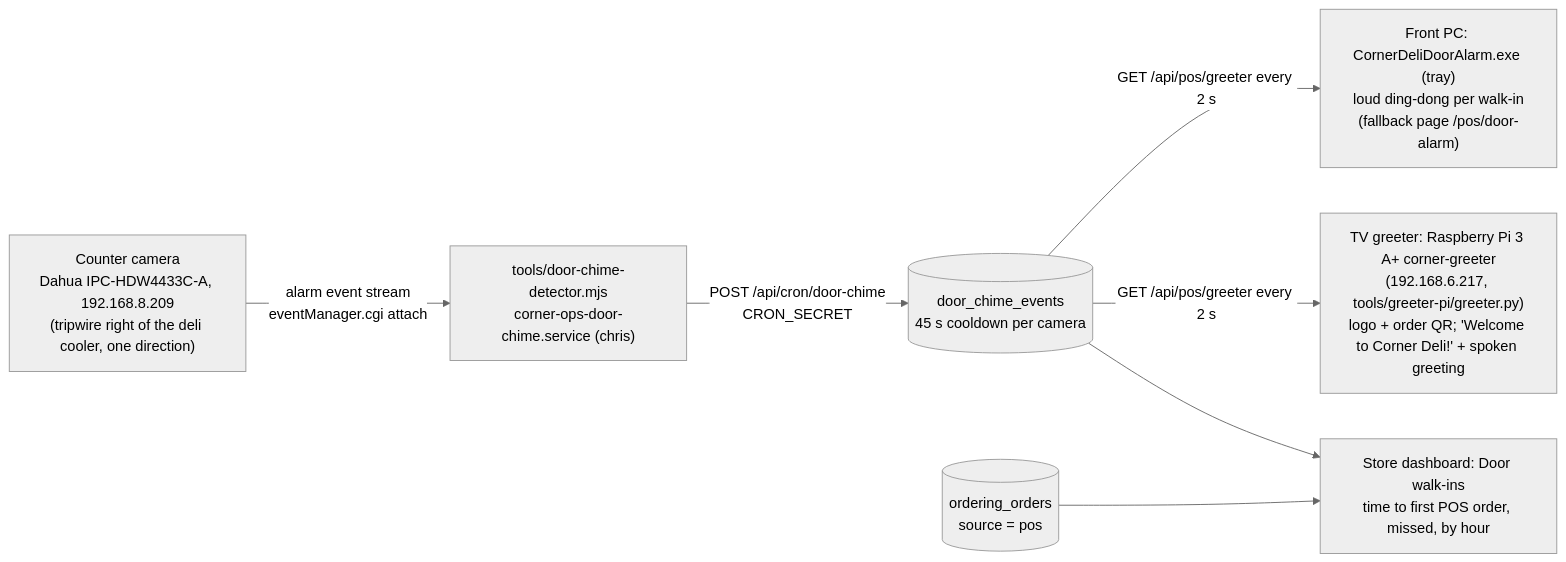
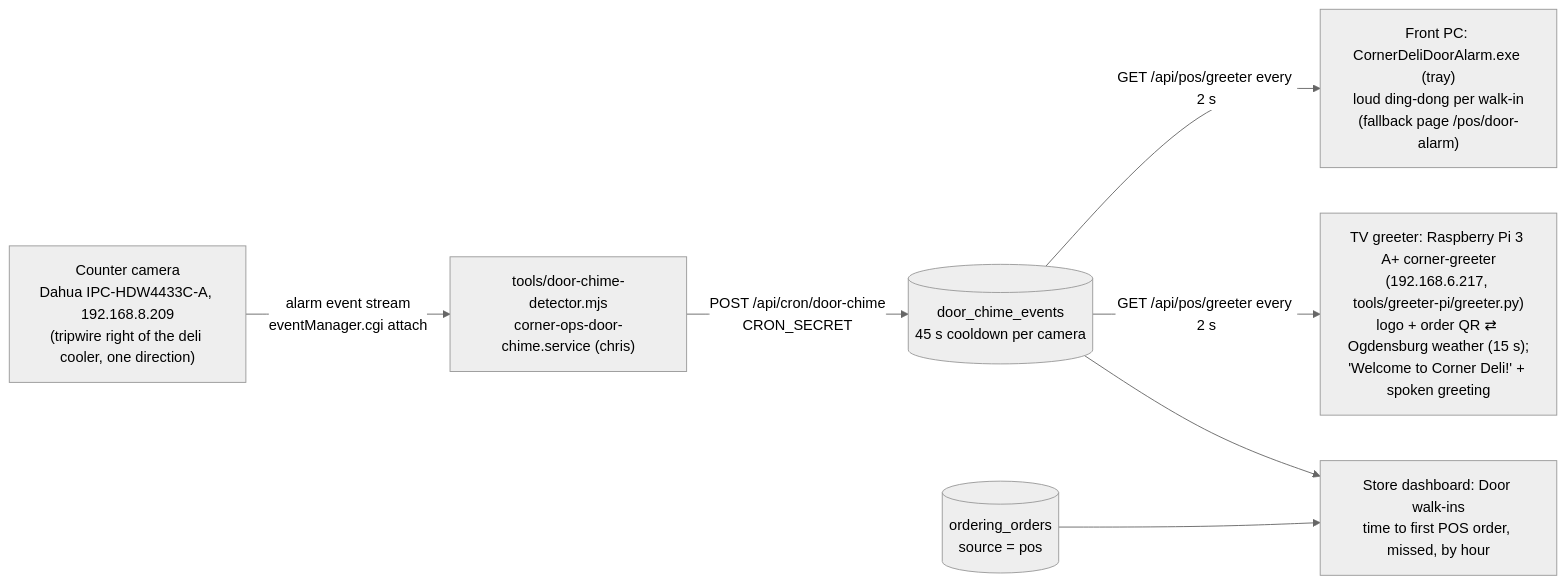
Before and after one commit to metalcoat/corner-ops: the seventh of 7 diagrams in docs/PROCESS-MAP.md, drawn with Mermaid (neutral theme). The commit also changed other lines of this file and 6 other files, not shown here.

First line of the commit message:
TV greeter: Ogdensburg weather slide

````diff
--- a/docs/PROCESS-MAP.md
+++ b/docs/PROCESS-MAP.md
@@ -260,9 +260,9 @@
 ```mermaid
 flowchart LR
   cam["Counter camera<br/>Dahua IPC-HDW4433C-A, 192.168.8.209<br/>(tripwire right of the deli cooler, one direction)"] -->|"alarm event stream<br/>eventManager.cgi attach"| det["tools/door-chime-detector.mjs<br/>corner-ops-door-chime.service (chris)"]
   det -->|"POST /api/cron/door-chime<br/>CRON_SECRET"| ev[(door_chime_events<br/>45 s cooldown per camera)]
   ev --> dash["Store dashboard: Door walk-ins<br/>time to first POS order, missed, by hour"]
   ord[(ordering_orders<br/>source = pos)] --> dash
-  ev -->|"GET /api/pos/greeter every 2 s"| tv["TV greeter: Raspberry Pi 3 A+ corner-greeter<br/>(192.168.6.217, tools/greeter-pi/greeter.py)<br/>logo + order QR; 'Welcome to Corner Deli!' + spoken greeting"]
+  ev -->|"GET /api/pos/greeter every 2 s"| tv["TV greeter: Raspberry Pi 3 A+ corner-greeter<br/>(192.168.6.217, tools/greeter-pi/greeter.py)<br/>logo + order QR ⇄ Ogdensburg weather (15 s);<br/>'Welcome to Corner Deli!' + spoken greeting"]
   ev -->|"GET /api/pos/greeter every 2 s"| pc["Front PC: CornerDeliDoorAlarm.exe (tray)<br/>loud ding-dong per walk-in<br/>(fallback page /pos/door-alarm)"]
 ```
````
